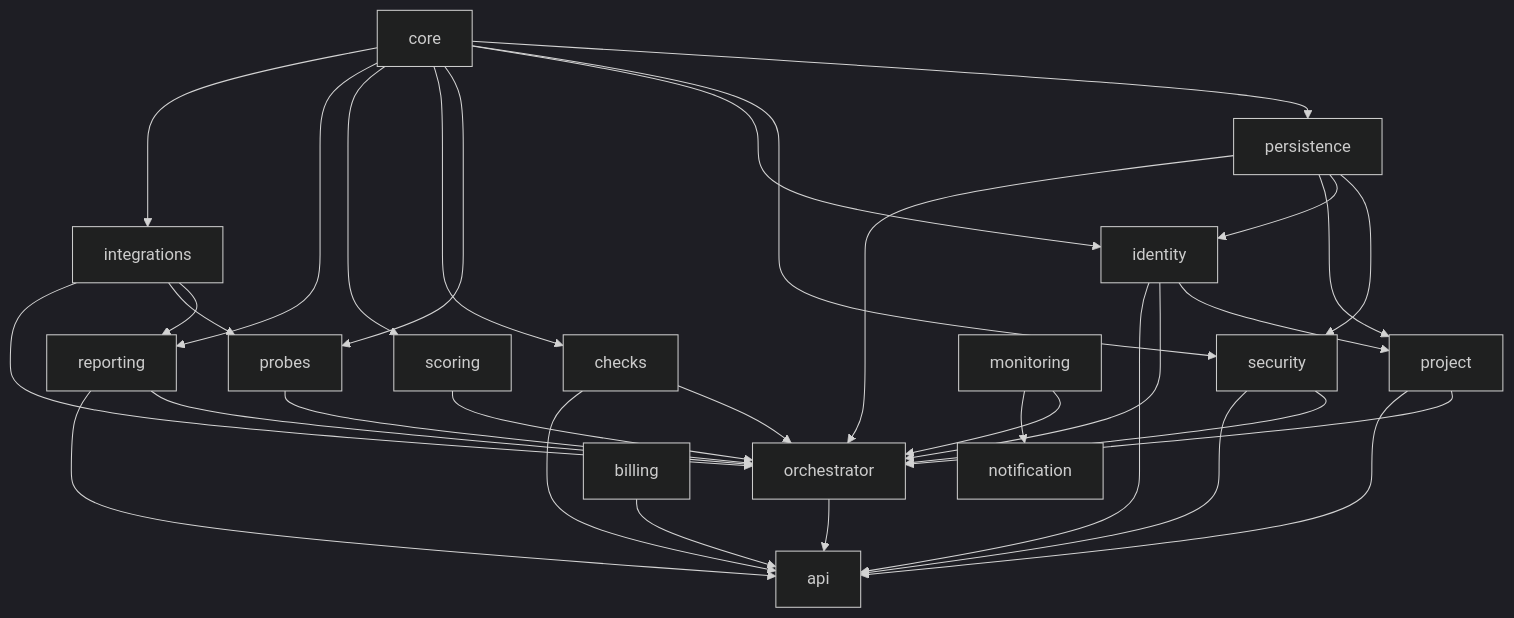
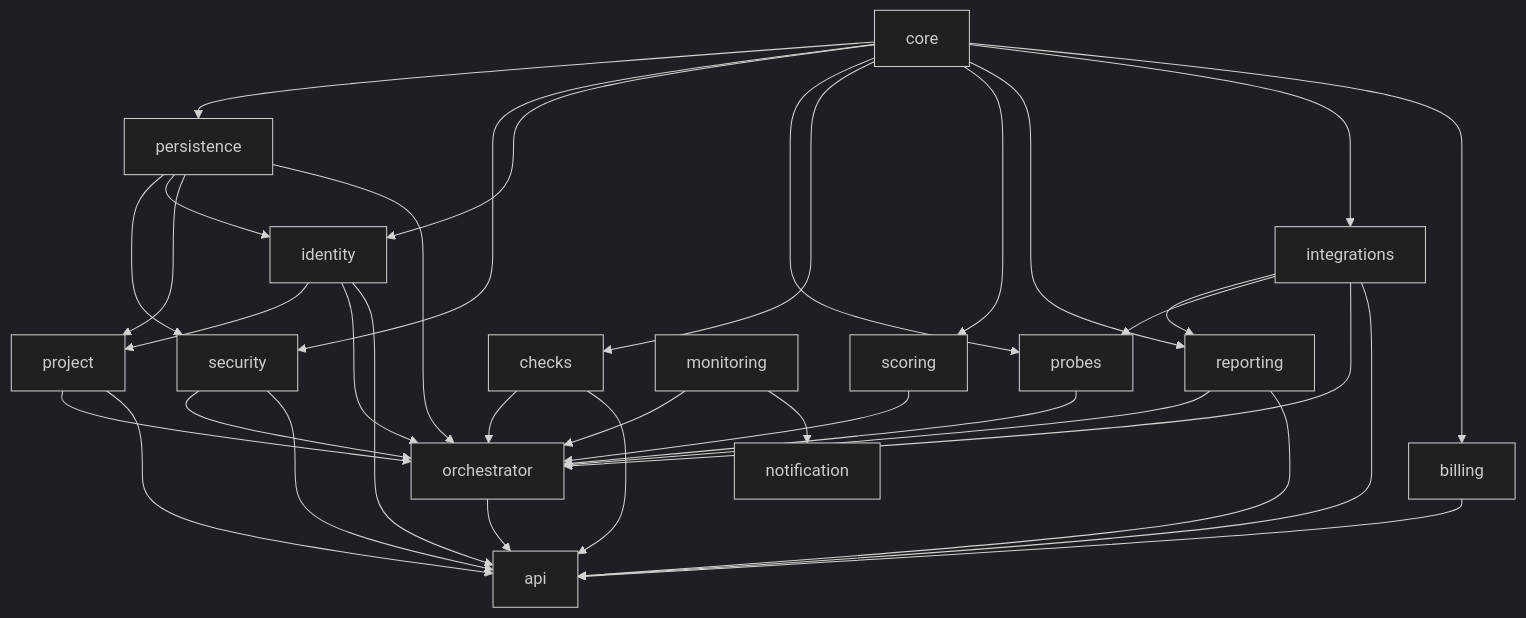
The first of 2 diagrams in docs/modules.md (xsmartbartx/Viglio), drawn with Mermaid (dark theme) before and after one commit. The commit also changed other lines of this file and 2 other files, not shown here.

````diff
--- a/docs/modules.md
+++ b/docs/modules.md
@@ -18,51 +18,53 @@
 ```mermaid
 flowchart TD
     CORE[core]
     PERSIST[persistence]
     SEC[security]
     IDENTITY[identity]
     PROJECT[project]
     PROBES[probes]
     CHECKS[checks]
     SCORING[scoring]
     REPORTING[reporting]
     INTEG[integrations]
     ORCH[orchestrator]
     MONITOR[monitoring]
     NOTIFY[notification]
     BILLING[billing]
     API[api]
 
     CORE --> PERSIST
     CORE --> SEC
     CORE --> IDENTITY
     CORE --> PROBES
     CORE --> CHECKS
     CORE --> SCORING
     CORE --> REPORTING
     CORE --> INTEG
     INTEG --> REPORTING
     PERSIST --> SEC
     PERSIST --> IDENTITY
     PERSIST --> PROJECT
     PERSIST --> ORCH
     IDENTITY --> PROJECT
     IDENTITY --> ORCH
     PROJECT --> ORCH
     SEC --> ORCH
     PROBES --> ORCH
     CHECKS --> ORCH
     SCORING --> ORCH
     REPORTING --> ORCH
     INTEG --> PROBES
     INTEG --> ORCH
     ORCH --> API
     SEC --> API
     IDENTITY --> API
     PROJECT --> API
     CHECKS --> API
     REPORTING --> API
     MONITOR --> ORCH
     MONITOR --> NOTIFY
+    CORE --> BILLING
     BILLING --> API
+    INTEG --> API
 ```
````
